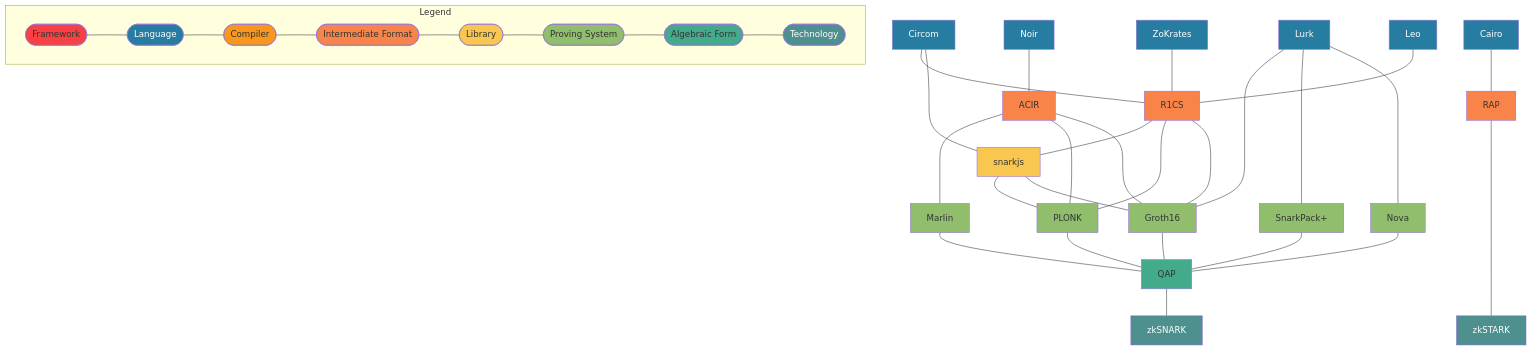
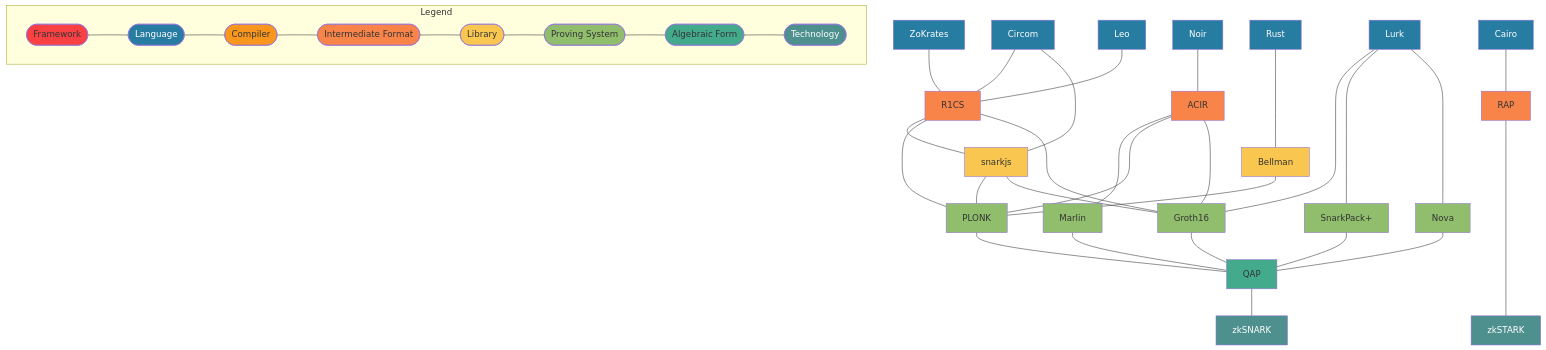
The diagram in README.md (alxkzmn/zk-atlas), drawn with Mermaid before and after one commit. The commit also changed other lines of this file, not shown here.

Commit message:
Add Bellman

````diff
--- a/README.md
+++ b/README.md
@@ -1,61 +3,65 @@
 ```mermaid
 graph TD
     subgraph Legend
         Framework([Framework])---Lang([Language])---Compiler([Compiler])---Intermediate([Intermediate Format])---Library([Library])---ProvingSystem([Proving System])---AlgebraicForm([Algebraic Form])---Tech([Technology])
     end
+    Rust[Rust] ---- Bellman[Bellman]
     Circom[Circom] --- R1CS[R1CS]
-    Noir[Noir] --- ACIR[ACIR]
+    snarkjs --- PLONK[PLONK]
+    snarkjs --- Groth16[Groth16]
+    R1CS --- snarkjs
+    R1CS --- PLONK
+    R1CS --- Groth16
     Zokrates[ZoKrates] --- R1CS
     Leo[Leo] --- R1CS
-    snarkjs --- PLONK[PLONK]
-    snarkjs --- Groth16[Groth16]
+    Bellman --- PLONK
+    Noir[Noir] --- ACIR[ACIR]
     Marlin[Marlin] --- QAP
     Lurk ----- Groth16
     Lurk ----- SnarkPack[SnarkPack+]
     Lurk ----- Nova[Nova]
-    Circom --- snarkjs
-    R1CS --- snarkjs
-    R1CS --- PLONK
-    R1CS --- Groth16
+    Circom ---- snarkjs 
     Groth16 --- QAP[QAP]
     PLONK --- QAP
     SnarkPack --- QAP
     Nova --- QAP
     ACIR ---- Marlin
     ACIR ---- PLONK
     ACIR ---- Groth16
     QAP --- zkSNARK[zkSNARK]
     Cairo[Cairo] --- RAP[RAP]
     RAP ------ zkSTARK[zkSTARK]
     
     classDef framework fill:#f94144
     classDef lang fill:#277da1,color:#fff
     classDef compiler fill:#f8961e
     classDef intermediate fill:#f9844a
     classDef lib fill:#f9c74f
     classDef provingSystem fill:#90be6d
     classDef algForm fill:#43aa8b
     classDef tech fill:#4d908e,color:#fff
     classDef color9 fill:#f3722c
     classDef color10 fill:#577590
     
     class Framework framework
-    class Lang,Circom,Zokrates,Leo,Noir,Cairo,Lurk lang
+    class Lang,Circom,Zokrates,Leo,Noir,Cairo,Lurk,Rust lang
     class Compiler compiler
     class Intermediate,R1CS,ACIR,RAP intermediate
-    class Library,snarkjs lib
+    class Library,snarkjs,Bellman lib
     class ProvingSystem,Groth16,PLONK,Marlin,SnarkPack,Nova provingSystem
     class AlgebraicForm,QAP algForm
     class Tech,zkSNARK,zkSTARK tech
     
     click Circom href "https://docs.circom.io/"
     click Zokrates href "https://zokrates.github.io/"
     click Leo href "https://leo-lang.org/"
     click Noir href "https://docs.aztec.network/developers/noir"
     click snarkjs href "https://github.com/iden3/snarkjs"
     click Cairo href "https://eprint.iacr.org/2021/1063.pdf"
     click RAP href "https://eprint.iacr.org/2021/1063.pdf"
     click Lurk href "https://github.com/lurk-lang"
     click SnarkPack href "https://research.protocol.ai/blog/2021/snarkpack-how-to-aggregate-snarks-efficiently/"
     click Nova href "https://github.com/microsoft/Nova"
+    click Bellman href "https://github.com/matter-labs/bellman"
+    click Rust href "https://www.rust-lang.org/"
 ```
````
